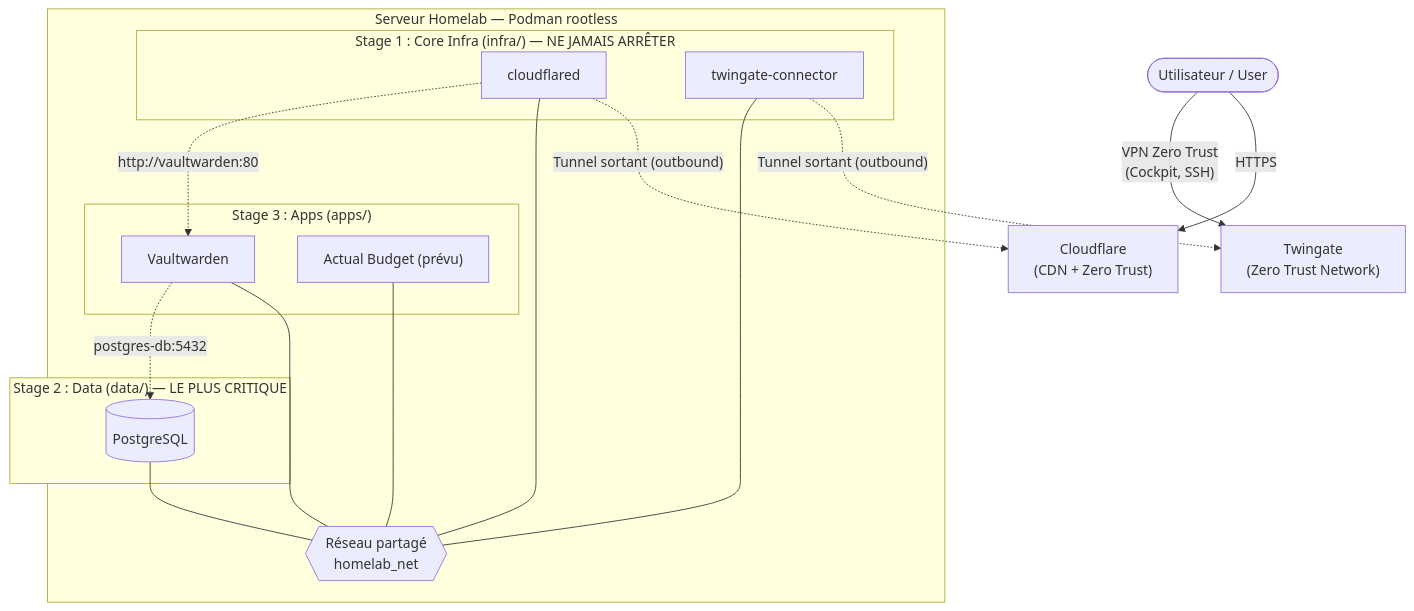
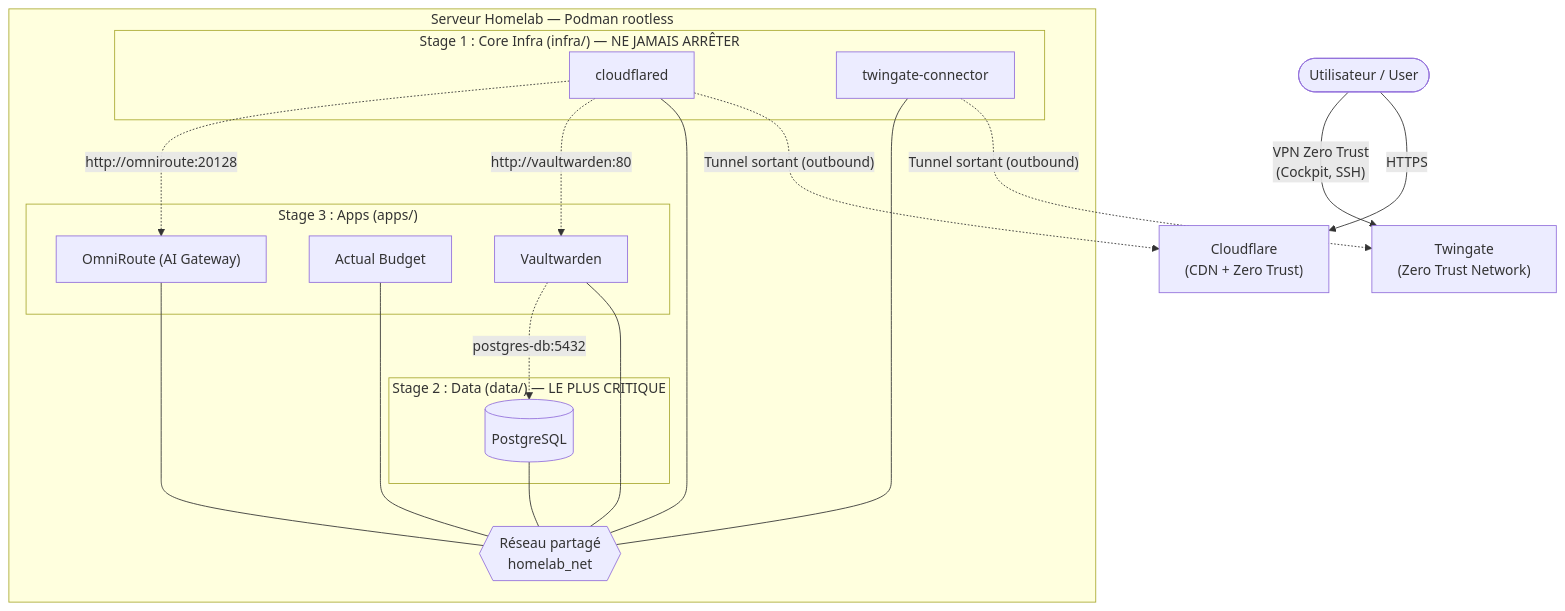
Before and after one commit to altasu/homelab: the diagram in docs/architecture.md, drawn with Mermaid. The commit also changed other lines of this file and 6 other files, not shown here.

Commit message:
feat(apps): ajouter le service OmniRoute en unité Quadlet et son runbook

````diff
--- a/docs/architecture.md
+++ b/docs/architecture.md
@@ -5,36 +5,39 @@
 ```mermaid
 flowchart TB
     user(["Utilisateur / User"])
     cf["Cloudflare<br>(CDN + Zero Trust)"]
     tg["Twingate<br>(Zero Trust Network)"]
 
     user -->|"HTTPS"| cf
     user -->|"VPN Zero Trust<br>(Cockpit, SSH)"| tg
 
     subgraph server["Serveur Homelab — Podman rootless"]
         subgraph infra["Stage 1 : Core Infra (infra/) — NE JAMAIS ARRÊTER"]
             cloudflared["cloudflared"]
             twingate["twingate-connector"]
         end
         subgraph apps["Stage 3 : Apps (apps/)"]
             vw["Vaultwarden"]
-            ab["Actual Budget (prévu)"]
+            ab["Actual Budget"]
+            omni["OmniRoute (AI Gateway)"]
         end
         subgraph data["Stage 2 : Data (data/) — LE PLUS CRITIQUE"]
             pg[("PostgreSQL")]
         end
         net{{"Réseau partagé<br>homelab_net"}}
     end
 
     cloudflared -.->|"Tunnel sortant (outbound)"| cf
     twingate -.->|"Tunnel sortant (outbound)"| tg
 
     cloudflared --- net
     twingate --- net
     vw --- net
     ab --- net
+    omni --- net
     pg --- net
 
     cloudflared -.->|"http://vaultwarden:80"| vw
+    cloudflared -.->|"http://omniroute:20128"| omni
     vw -.->|"postgres-db:5432"| pg
 ```
````
